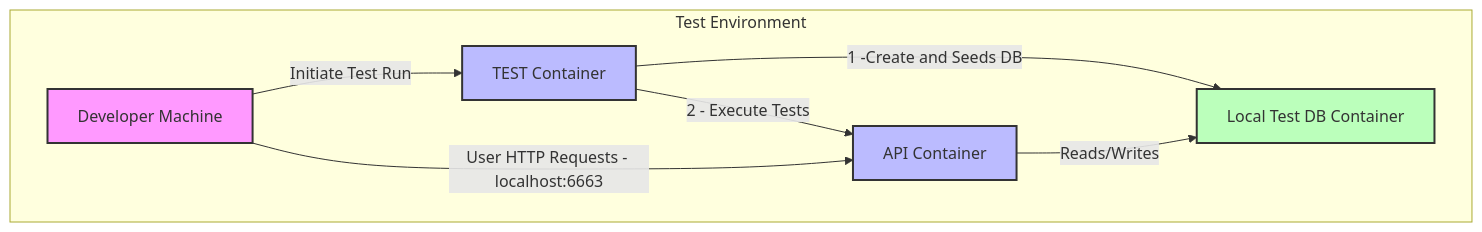
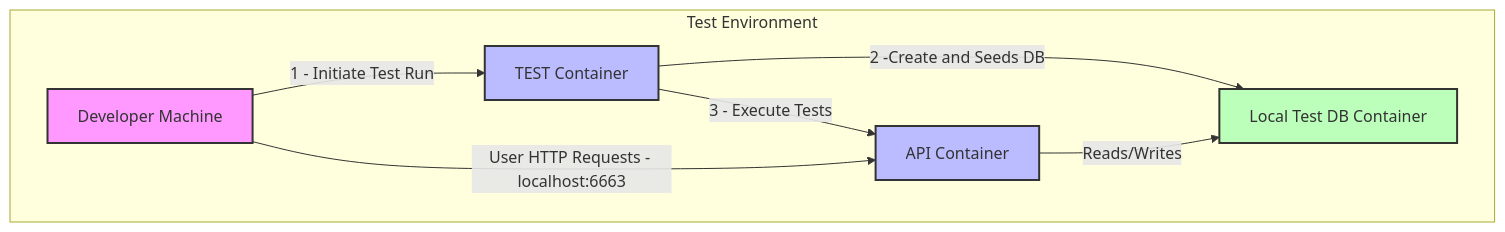
The second of 2 diagrams in api-demo/README.md (justinl-y/demo-platform), drawn with Mermaid before and after one commit. The commit also changed other lines of this file and 11 other files, not shown here.

````diff
--- a/api-demo/README.md
+++ b/api-demo/README.md
@@ -35,18 +35,18 @@
 ```mermaid
 flowchart TB
     subgraph Test Environment
         E[Developer Machine]
 
-        E -->|Initiate Test Run| F[TEST Container]
+        E -->|1 - Initiate Test Run| F[TEST Container]
         E -->|User HTTP Requests - localhost:6663| H[API Container]
 
-        F -->|1 -Create and Seeds DB| G[Local Test DB Container]
-        F -->|2 - Execute Tests| H
+        F -->|2 -Create and Seeds DB| G[Local Test DB Container]
+        F -->|3 - Execute Tests| H
         H -->|Reads/Writes| G
     end
 
     style E fill:#f9f,stroke:#333,stroke-width:2px
     style F fill:#bbf,stroke:#333,stroke-width:2px
     style G fill:#bfb,stroke:#333,stroke-width:2px
     style H fill:#bbf,stroke:#333,stroke-width:2px
 ```
````
